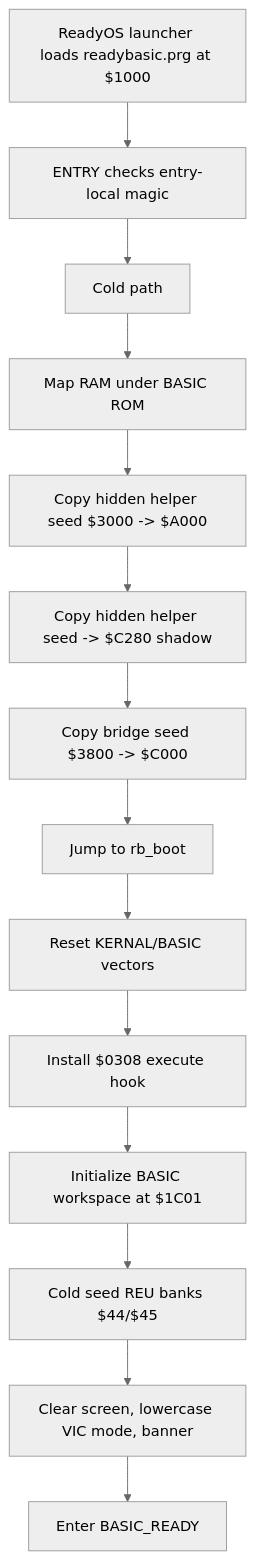
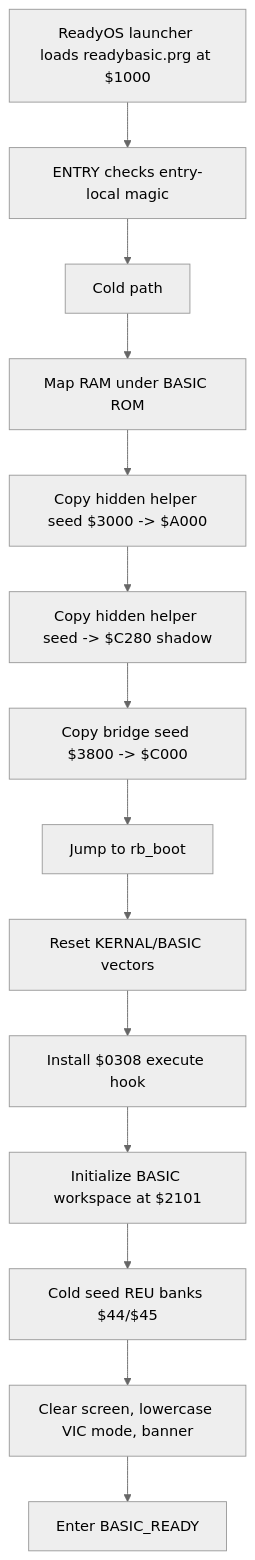
The fourth of 8 diagrams in src/apps/readybasic/READYBASIC_LIFECYCLE_AND_REU_ARCHITECTURE.md (123Onetwothree123/6502), drawn with Mermaid (neutral theme) before and after one commit. The commit also changed other lines of this file and 18 other files, not shown here.

````diff
--- a/src/apps/readybasic/READYBASIC_LIFECYCLE_AND_REU_ARCHITECTURE.md
+++ b/src/apps/readybasic/READYBASIC_LIFECYCLE_AND_REU_ARCHITECTURE.md
@@ -302,19 +302,19 @@
 ```mermaid
 flowchart TD
   L["ReadyOS launcher loads readybasic.prg at $1000"]
   E["ENTRY checks entry-local magic"]
   C["Cold path"]
   H1["Map RAM under BASIC ROM"]
   H2["Copy hidden helper seed $3000 -> $A000"]
   H3["Copy hidden helper seed -> $C280 shadow"]
   B1["Copy bridge seed $3800 -> $C000"]
   RB["Jump to rb_boot"]
   V["Reset KERNAL/BASIC vectors"]
   I["Install $0308 execute hook"]
-  W["Initialize BASIC workspace at $1C01"]
+  W["Initialize BASIC workspace at $2101"]
   S["Cold seed REU banks $44/$45"]
   P["Clear screen, lowercase VIC mode, banner"]
   R["Enter BASIC_READY"]
 
   L --> E --> C --> H1 --> H2 --> H3 --> B1 --> RB --> V --> I --> W --> S --> P --> R
 ```
````
